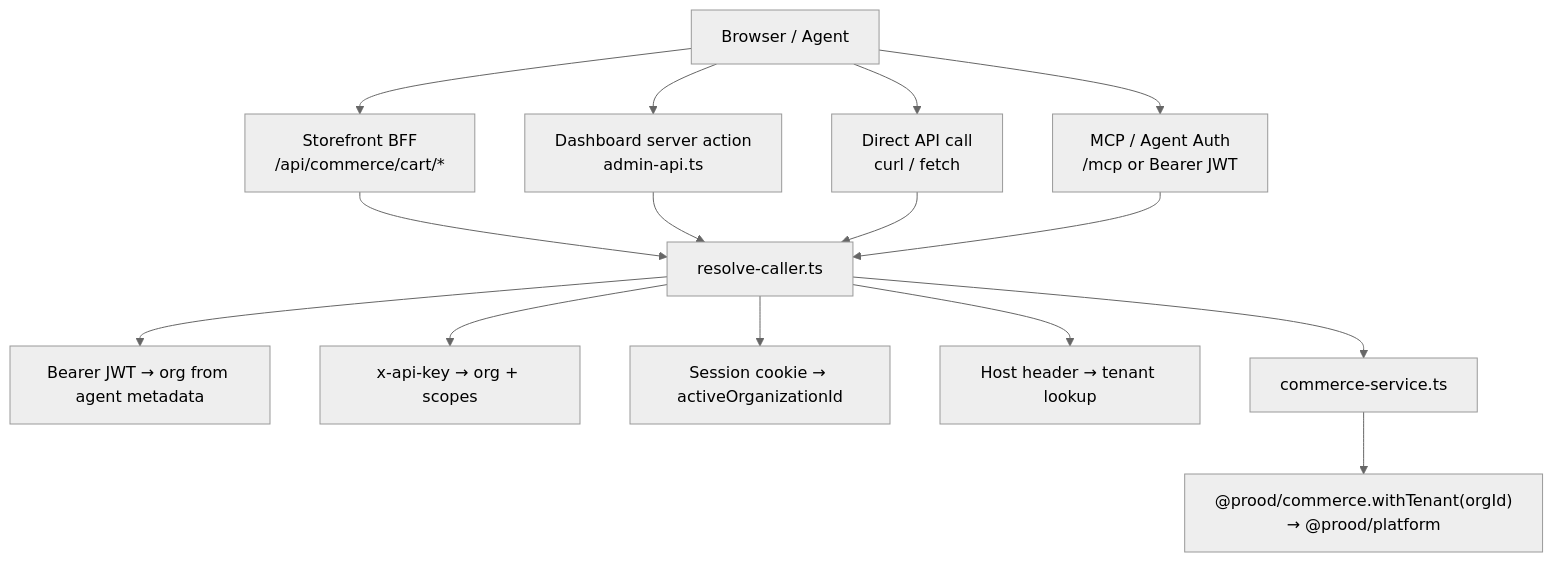
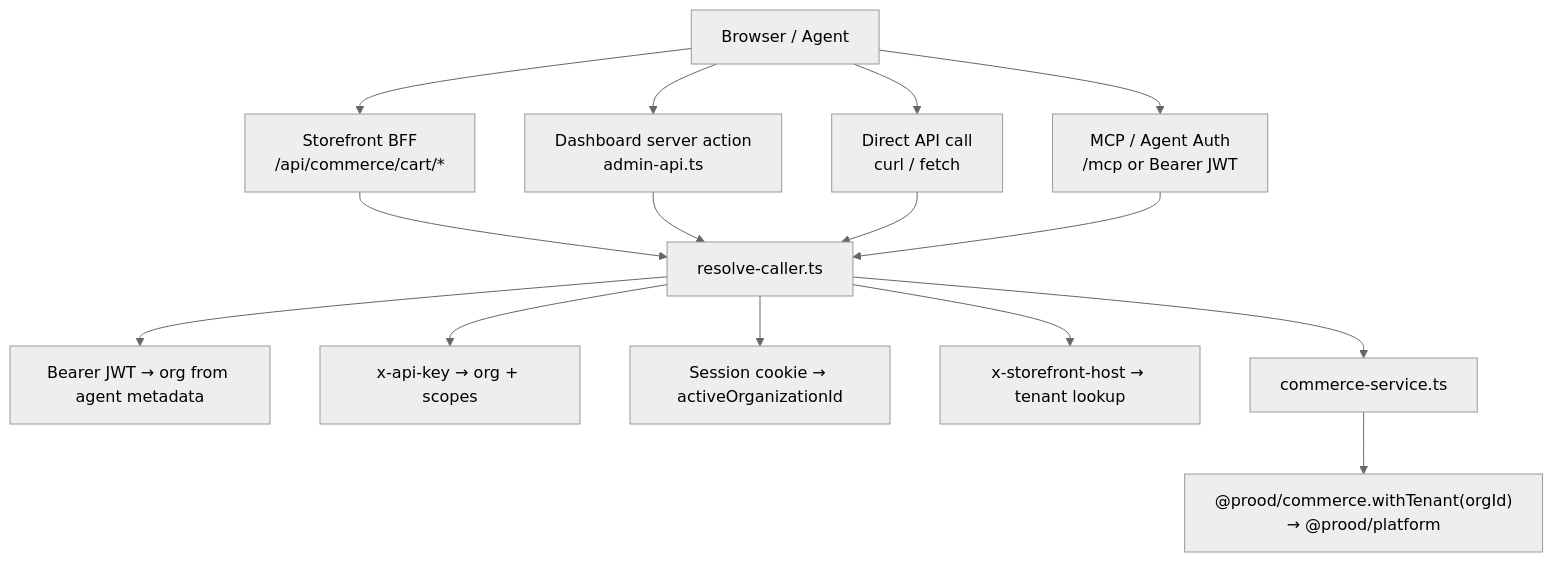
One commit to rodrigobarona/prood-commerce-platform changed the first of 2 diagrams in apps/docs/content/docs/architecture/api-centric.mdx. Above: the diagram before and after it, drawn with Mermaid (neutral theme). The commit also changed other lines of this file and 152 other files, not shown here.

````diff
--- a/apps/docs/content/docs/architecture/api-centric.mdx
+++ b/apps/docs/content/docs/architecture/api-centric.mdx
@@ -23,29 +23,29 @@
 ```mermaid
 flowchart TB
   CLIENT["Browser / Agent"]
 
   BFF["Storefront BFF<br/>/api/commerce/cart/*"]
   DASH["Dashboard server action<br/>admin-api.ts"]
   DIRECT["Direct API call<br/>curl / fetch"]
   MCP["MCP / Agent Auth<br/>/mcp or Bearer JWT"]
 
   RESOLVE["resolve-caller.ts"]
   JWT["Bearer JWT → org from agent metadata"]
   KEY["x-api-key → org + scopes"]
   SESS["Session cookie → activeOrganizationId"]
-  HOST["Host header → tenant lookup"]
+  HOST["x-storefront-host → tenant lookup"]
 
   SVC["commerce-service.ts"]
   PLATFORM["@prood/commerce.withTenant(orgId)<br/>→ @prood/platform"]
 
   CLIENT --> BFF --> RESOLVE
   CLIENT --> DASH --> RESOLVE
   CLIENT --> DIRECT --> RESOLVE
   CLIENT --> MCP --> RESOLVE
 
   RESOLVE --> JWT
   RESOLVE --> KEY
   RESOLVE --> SESS
   RESOLVE --> HOST
   RESOLVE --> SVC --> PLATFORM
 ```
````
